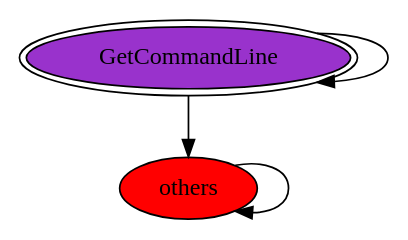
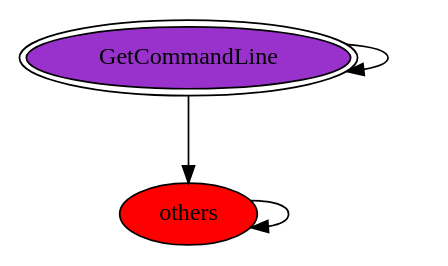
The diagram in [OC0003] Process/[C0065] Open Process/[C0065.001X] OpenProcess/gv/OpenProcess.exe_5428_Processes_API_per_Category_Transition_Matrix.gv (reverseame/windows-behavior-catalog), drawn with Graphviz before and after one commit. The commit also changed 220 other files, not shown here.

```diff
--- a/[OC0003] Process/[C0065] Open Process/[C0065.001X] OpenProcess/gv/OpenProcess.exe_5428_Processes_API_per_Category_Transition_Matrix.gv
+++ b/[OC0003] Process/[C0065] Open Process/[C0065.001X] OpenProcess/gv/OpenProcess.exe_5428_Processes_API_per_Category_Transition_Matrix.gv
@@ -1,7 +1,7 @@
 digraph "./REPORTS/6829/API_PER_CATEGORY/OpenProcess.exe_5428_Processes_API_per_Category_Transition_Matrix" {
 	GetCommandLine [label=GetCommandLine fillcolor=darkorchid peripheries=2 style=filled]
-	GetCommandLine -> GetCommandLine [label=""]
+	GetCommandLine -> GetCommandLine [label=0.5 fontcolor=white]
 	others [label=others fillcolor=red style=filled]
-	GetCommandLine -> others [label=""]
-	others -> others [label=""]
+	GetCommandLine -> others [label=0.5 fontcolor=white]
+	others -> others [label=1.0 fontcolor=white]
 }
```
